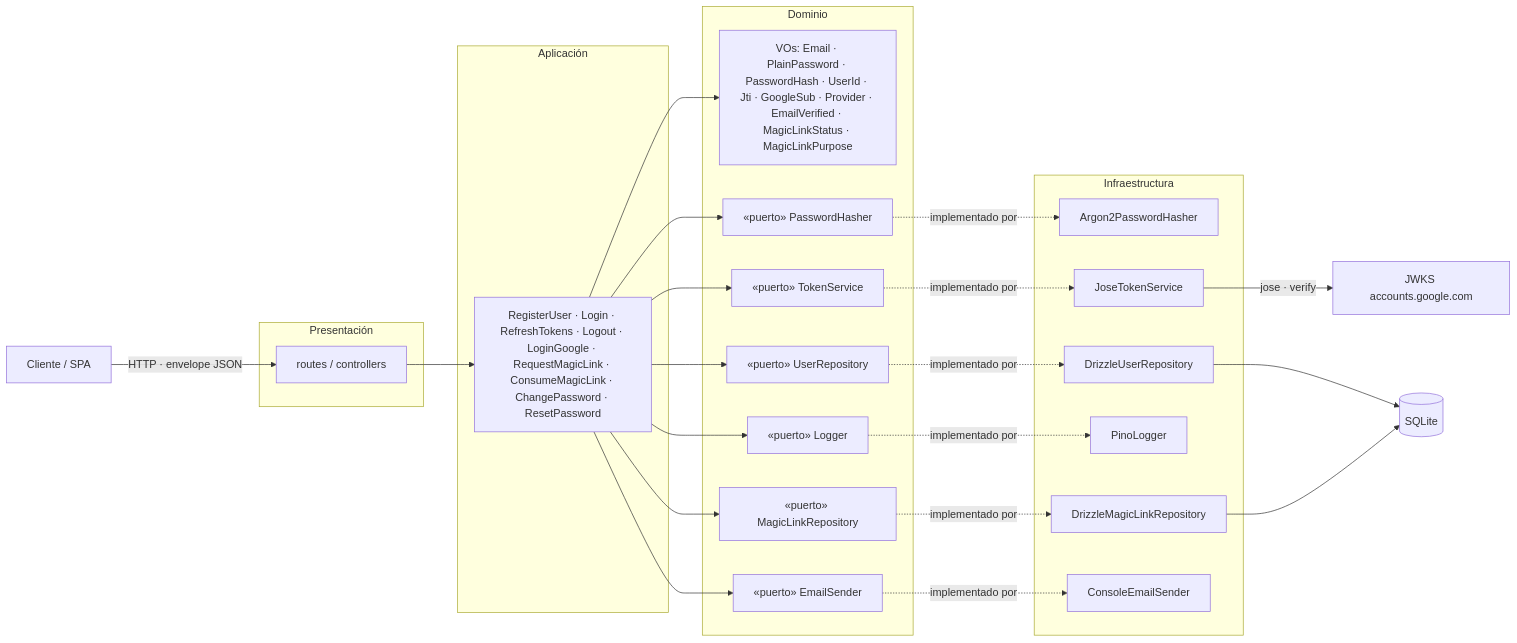
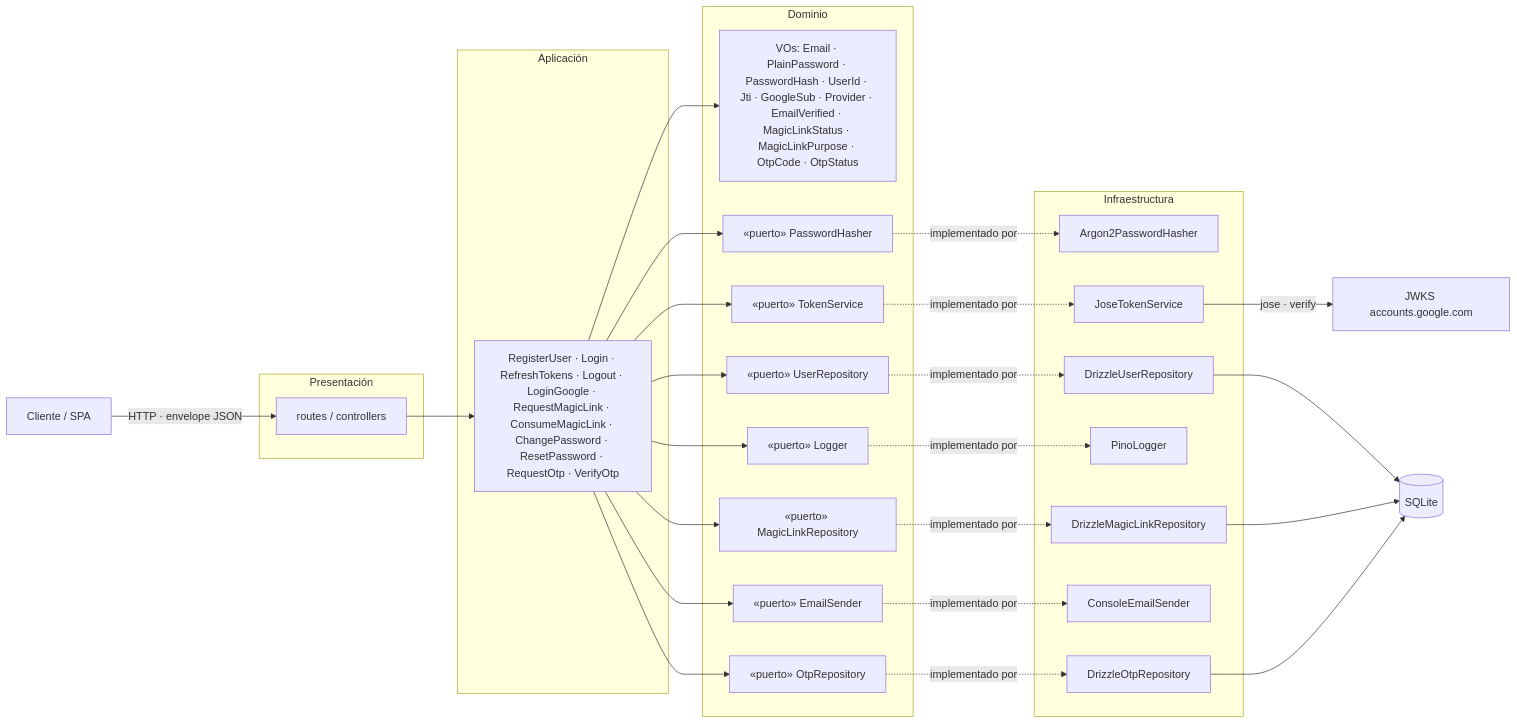
Before and after one commit to dpa70-dev/auth-api: the ninth of 9 diagrams in docs/02-flujos-registro-autenticacion.md, drawn with Mermaid. The commit also changed other lines of this file and 6 other files, not shown here.

Commit message:
test(otp): suite e2e OTP (request/verify) + docs US-13/14 y conteos

````diff
--- a/docs/02-flujos-registro-autenticacion.md
+++ b/docs/02-flujos-registro-autenticacion.md
@@ -391,54 +465,59 @@
 ```mermaid
 flowchart LR
     C[Cliente / SPA] -->|HTTP · envelope JSON| P
 
     subgraph PRES[Presentación]
         P[routes / controllers]
     end
 
     subgraph APP[Aplicación]
-        A[RegisterUser · Login · RefreshTokens · Logout · LoginGoogle · RequestMagicLink · ConsumeMagicLink · ChangePassword · ResetPassword]
+        A[RegisterUser · Login · RefreshTokens · Logout · LoginGoogle · RequestMagicLink · ConsumeMagicLink · ChangePassword · ResetPassword · RequestOtp · VerifyOtp]
     end
 
     subgraph DOM[Dominio]
-        V[VOs: Email · PlainPassword · PasswordHash · UserId · Jti · GoogleSub · Provider · EmailVerified · MagicLinkStatus · MagicLinkPurpose]
+        V[VOs: Email · PlainPassword · PasswordHash · UserId · Jti · GoogleSub · Provider · EmailVerified · MagicLinkStatus · MagicLinkPurpose · OtpCode · OtpStatus]
         VA[«puerto» PasswordHasher]
         VB[«puerto» TokenService]
         VC[«puerto» UserRepository]
         VD[«puerto» Logger]
         VE[«puerto» MagicLinkRepository]
         VF[«puerto» EmailSender]
+        VG[«puerto» OtpRepository]
     end
 
     subgraph INF[Infraestructura]
         IA[Argon2PasswordHasher]
         IB[JoseTokenService]
         IC[DrizzleUserRepository]
         ID[PinoLogger]
         IE[DrizzleMagicLinkRepository]
         IF[ConsoleEmailSender]
+        IG[DrizzleOtpRepository]
     end
 
     DB[(SQLite)]
     JWKS[JWKS accounts.google.com]
 
     P --> A
     A --> V
     A --> VA
     A --> VB
     A --> VC
     A --> VD
     A --> VE
     A --> VF
+    A --> VG
 
     VA -.implementado por.-> IA
     VB -.implementado por.-> IB
     VC -.implementado por.-> IC
     VD -.implementado por.-> ID
     VE -.implementado por.-> IE
     VF -.implementado por.-> IF
+    VG -.implementado por.-> IG
 
     IC --> DB
     IE --> DB
+    IG --> DB
     IB -->|jose · verify| JWKS
 ```
````
